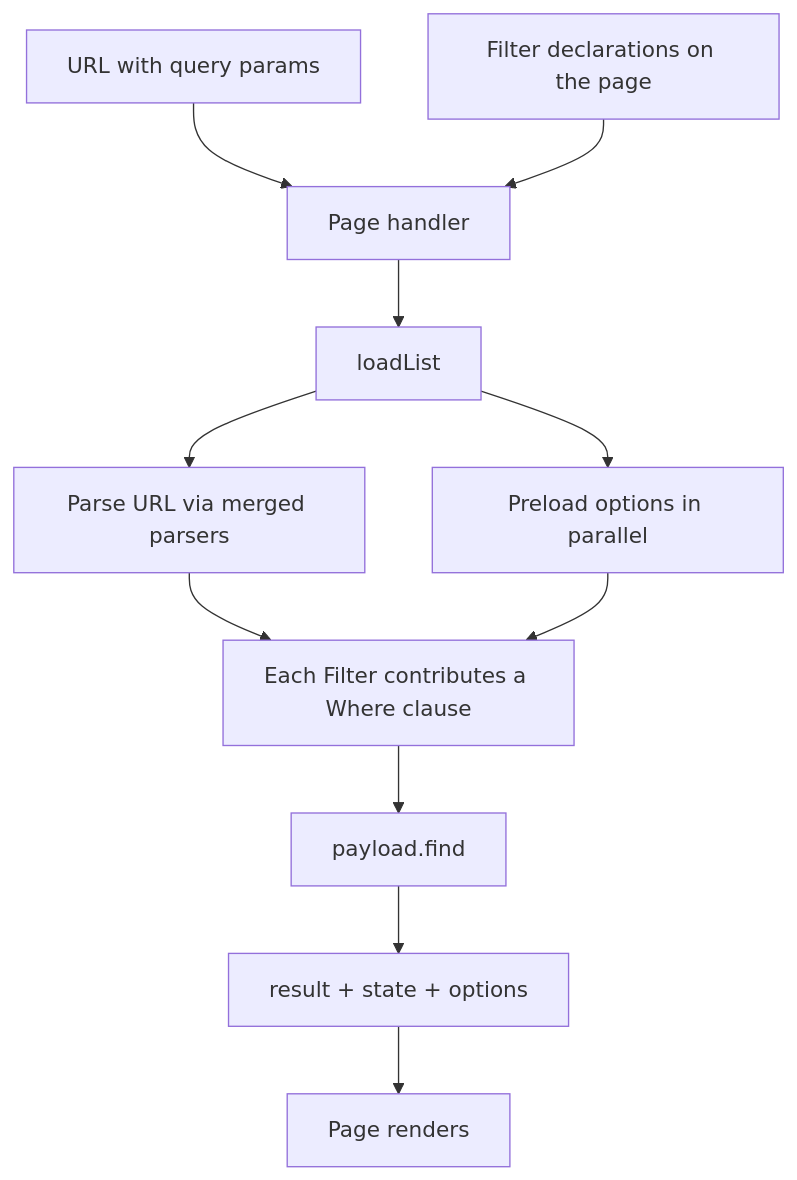
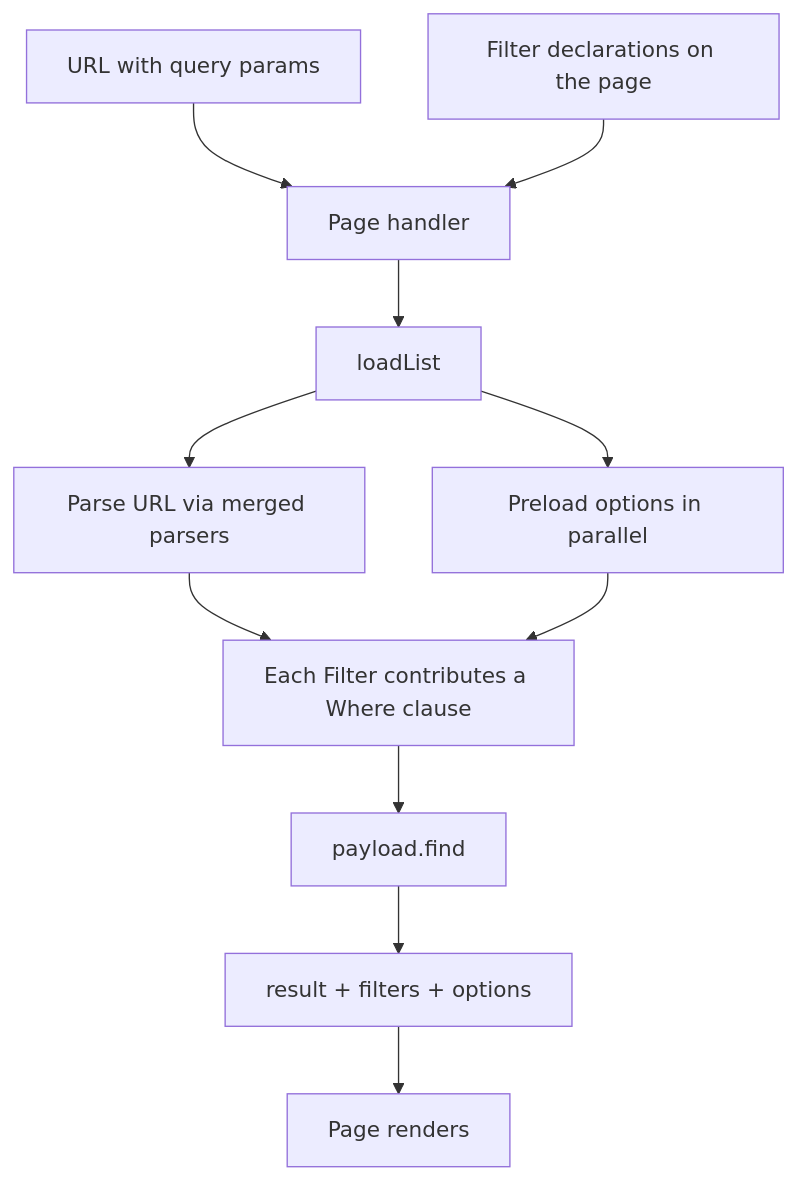
Before and after one commit to carolinenorgaard/see-you-there: the diagram in docs/list-and-filters.md, drawn with Mermaid. The commit also changed 10 other files, not shown here.

````diff
--- a/docs/list-and-filters.md
+++ b/docs/list-and-filters.md
@@ -11,13 +11,13 @@
 ```mermaid
 flowchart TD
     URL[URL with query params] --> Page[Page handler]
     Filters[Filter declarations on the page] --> Page
     Page --> Load[loadList]
     Load --> Parse[Parse URL via merged parsers]
     Load --> Preload[Preload options in parallel]
     Parse --> Build[Each Filter contributes a Where clause]
     Preload --> Build
     Build --> Find[payload.find]
-    Find --> Out[result + state + options]
+    Find --> Out[result + filters + options]
     Out --> Render[Page renders]
 ```
````
